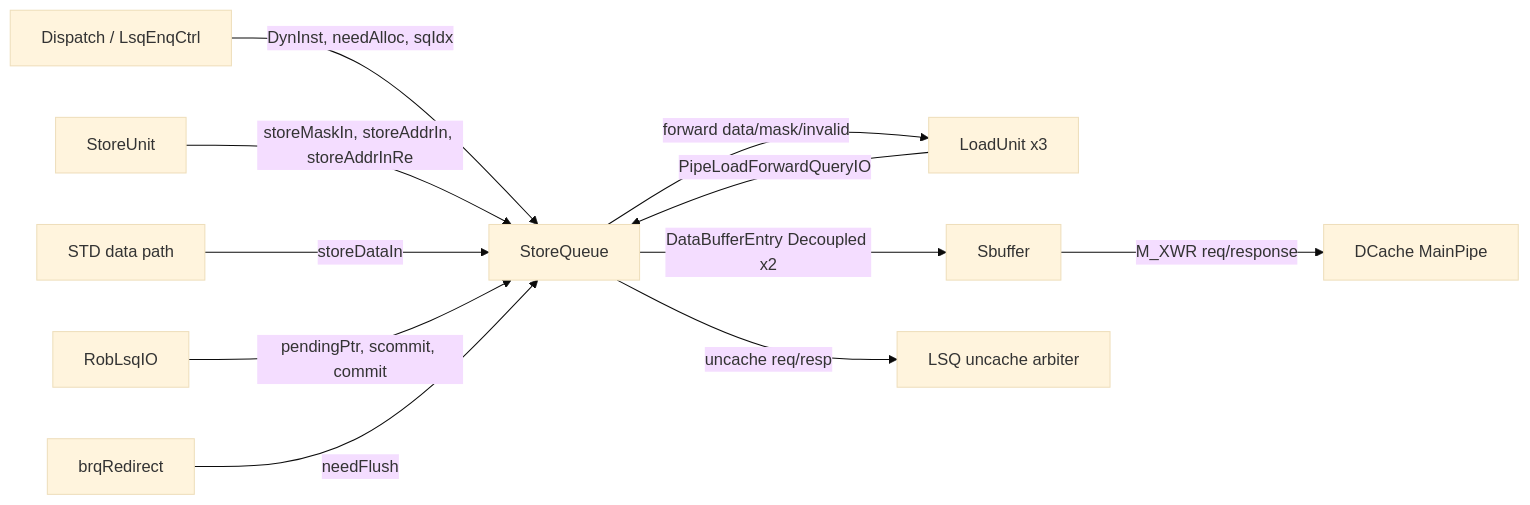
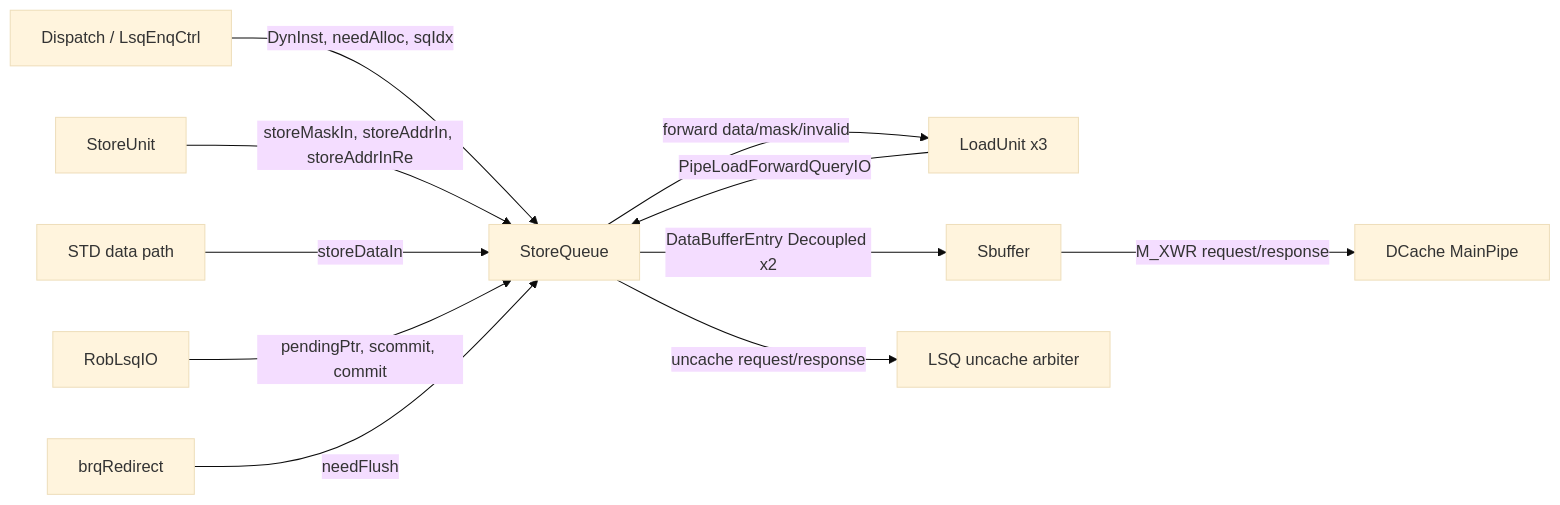
One commit to OpenXiangShan/XiangShanLab changed the diagram in xiangshan-course/docs-en/4-xiangshan-microarchitecture-analysis/3-xiangshan-source-code-analysis/memory/LoadStore-StoreQueue.md. Above: the diagram before and after it, drawn with Mermaid (base theme). The commit also changed other lines of this file and 176 other files, not shown here.

````diff
--- a/xiangshan-course/docs-en/4-xiangshan-microarchitecture-analysis/3-xiangshan-source-code-analysis/memory/LoadStore-StoreQueue.md
+++ b/xiangshan-course/docs-en/4-xiangshan-microarchitecture-analysis/3-xiangshan-source-code-analysis/memory/LoadStore-StoreQueue.md
@@ -68,13 +584,13 @@
-~~~mermaid
+```mermaid
 flowchart LR
   Dispatch[Dispatch / LsqEnqCtrl] -->|DynInst, needAlloc, sqIdx| SQ[StoreQueue]
   STA[StoreUnit] -->|storeMaskIn, storeAddrIn, storeAddrInRe| SQ
   STD[STD data path] -->|storeDataIn| SQ
   ROB[RobLsqIO] -->|pendingPtr, scommit, commit| SQ
   Redirect[brqRedirect] -->|needFlush| SQ
   LoadPipe[LoadUnit x3] -->|PipeLoadForwardQueryIO| SQ
   SQ -->|forward data/mask/invalid| LoadPipe
   SQ -->|DataBufferEntry Decoupled x2| SBuffer[Sbuffer]
-  SQ -->|uncache req/resp| UArb[LSQ uncache arbiter]
-  SBuffer -->|M_XWR req/response| DCache[DCache MainPipe]
-~~~
+  SQ -->|uncache request/response| UArb[LSQ uncache arbiter]
+  SBuffer -->|M_XWR request/response| DCache[DCache MainPipe]
+```
````
